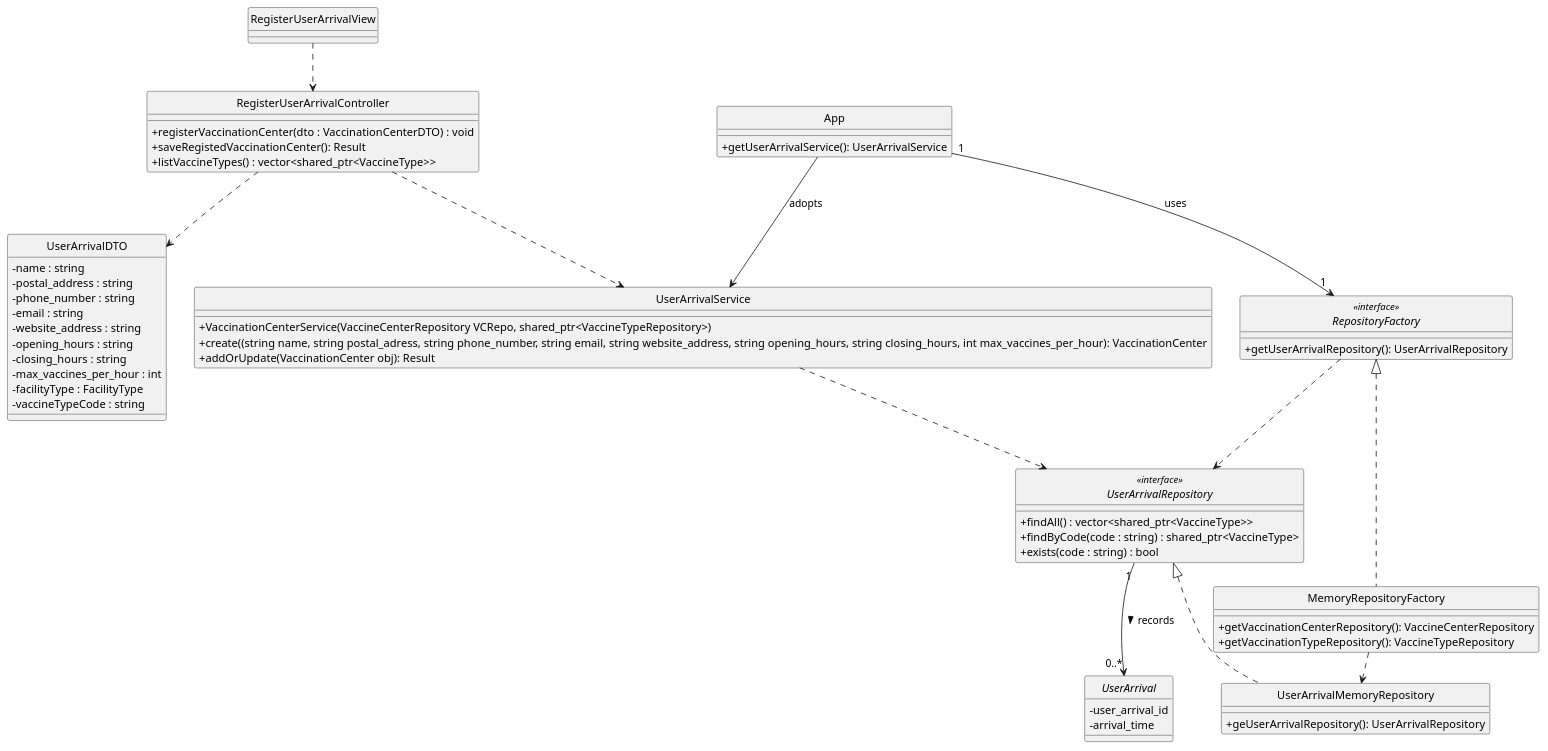
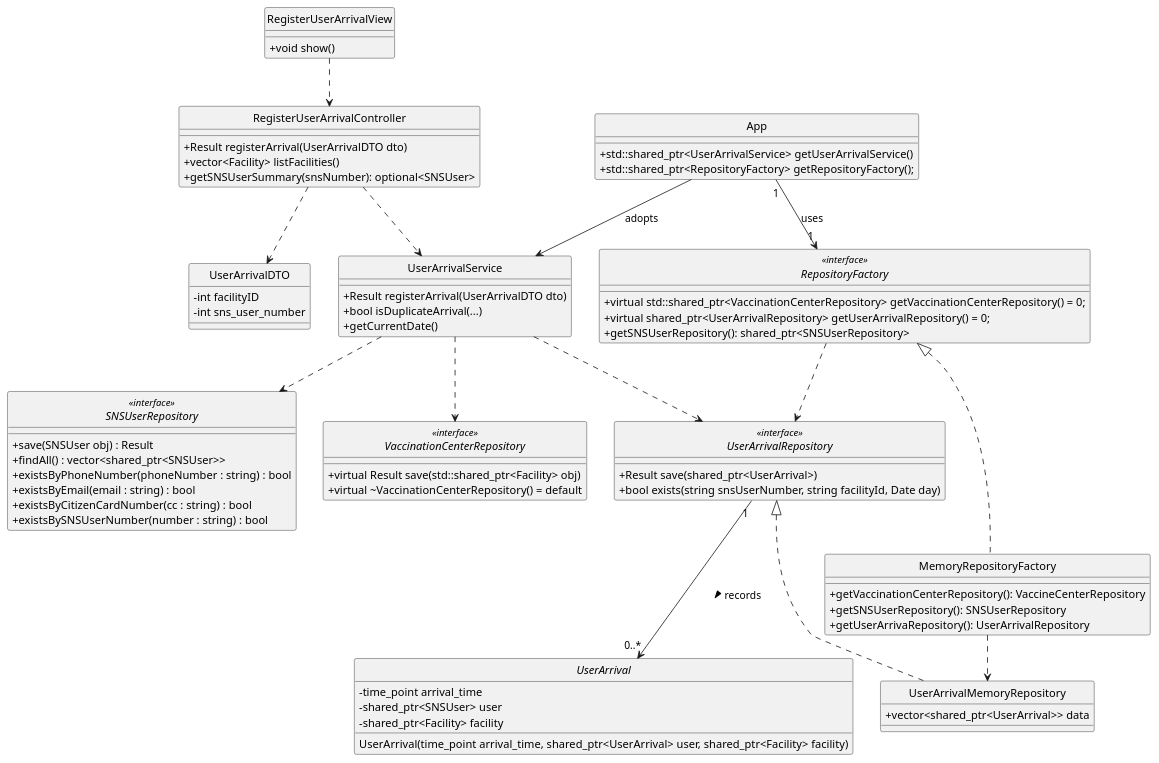
One commit to Parafita123/leti-esoft-25-26-B1 changed the diagram in docs/system-documentation/US22/puml/US22-CD.puml. Above: the diagram before and after it, drawn with PlantUML. The commit also changed 12 other files, not shown here.

```diff
--- a/docs/system-documentation/US22/puml/US22-CD.puml
+++ b/docs/system-documentation/US22/puml/US22-CD.puml
@@ -1,89 +1,107 @@
 @startuml
 'https://plantuml.com/class-diagram
 
 hide circle
 skinparam classAttributeIconSize 0
 
 
 ' ===== Enums / DTOs =====
 
 class UserArrivalDTO {
-  -name : string
-  -postal_address : string
-  -phone_number : string
-  -email : string
-  -website_address : string
-  -opening_hours : string
-  -closing_hours : string
-  -max_vaccines_per_hour : int
-  -facilityType : FacilityType
-  -vaccineTypeCode : string
+    - int facilityID
+    - int sns_user_number
 }
 
 ' ===== UI Layer =====
 class RegisterUserArrivalView {
+    + void show()
 }
 
 class RegisterUserArrivalController {
-  +registerVaccinationCenter(dto : VaccinationCenterDTO) : void
-  +saveRegistedVaccinationCenter(): Result
-  +listVaccineTypes() : vector<shared_ptr<VaccineType>>
+    + Result registerArrival(UserArrivalDTO dto)
+    + vector<Facility> listFacilities()
+    + getSNSUserSummary(snsNumber): optional<SNSUser>
 }
 
 class App {
-  +getUserArrivalService(): UserArrivalService
+    + std::shared_ptr<UserArrivalService> getUserArrivalService()
+    + std::shared_ptr<RepositoryFactory> getRepositoryFactory();
+
  }
 
 RegisterUserArrivalView ..> RegisterUserArrivalController
 RegisterUserArrivalController ..> UserArrivalDTO
 
 ' ===== Service Layer =====
 class UserArrivalService {
-+ VaccinationCenterService(VaccineCenterRepository VCRepo, shared_ptr<VaccineTypeRepository>)
-+ create((string name, string postal_adress, string phone_number, string email, string website_address, string opening_hours, string closing_hours, int max_vaccines_per_hour): VaccinationCenter
-+addOrUpdate(VaccinationCenter obj): Result
+    + Result registerArrival(UserArrivalDTO dto)
+    + bool isDuplicateArrival(...)
+    + getCurrentDate()
 }
 
 RegisterUserArrivalController ..> UserArrivalService
 
 ' ===== Repository Interfaces =====
 
 interface UserArrivalRepository <<interface>> {
-  +findAll() : vector<shared_ptr<VaccineType>>
-  +findByCode(code : string) : shared_ptr<VaccineType>
-  +exists(code : string) : bool
+    + Result save(shared_ptr<UserArrival>)
+    + bool exists(string snsUserNumber, string facilityId, Date day)
+
 }
+
+interface VaccinationCenterRepository <<interface>> {
+  +virtual Result save(std::shared_ptr<Facility> obj)
+  +virtual ~VaccinationCenterRepository() = default
+}
+
 
 ' ===== Concrete Repositories (Memory) =====
     class UserArrivalMemoryRepository{
-+ geUserArrivalRepository(): UserArrivalRepository
+    + vector<shared_ptr<UserArrival>> data
 }
+
+    interface SNSUserRepository <<interface>> {
+      + save(SNSUser obj) : Result
+      + findAll() : vector<shared_ptr<SNSUser>>
+      + existsByPhoneNumber(phoneNumber : string) : bool
+      + existsByEmail(email : string) : bool
+      + existsByCitizenCardNumber(cc : string) : bool
+      + existsBySNSUserNumber(number : string) : bool
+    }
+
 UserArrivalMemoryRepository .up.|> UserArrivalRepository
-
 
 ' ===== Repository Factory =====
 interface RepositoryFactory <<interface>>  {
-   + getUserArrivalRepository(): UserArrivalRepository
-   }
+     + virtual std::shared_ptr<VaccinationCenterRepository> getVaccinationCenterRepository() = 0;
+     + virtual shared_ptr<UserArrivalRepository> getUserArrivalRepository() = 0;
+     + getSNSUserRepository(): shared_ptr<SNSUserRepository>
+
+}
 
 
 class MemoryRepositoryFactory {
-  + getVaccinationCenterRepository(): VaccineCenterRepository
-  + getVaccinationTypeRepository(): VaccineTypeRepository
-}
+     + getVaccinationCenterRepository(): VaccineCenterRepository
+     + getSNSUserRepository(): SNSUserRepository
+     + getUserArrivaRepository(): UserArrivalRepository
+  }
 
 App "1" -down-> "1" RepositoryFactory:  uses
 App --> UserArrivalService: adopts
 RepositoryFactory ..> UserArrivalRepository
 UserArrivalService ..> UserArrivalRepository
+UserArrivalService ..> VaccinationCenterRepository
+UserArrivalService ..> SNSUserRepository
 MemoryRepositoryFactory .up.|> RepositoryFactory
 MemoryRepositoryFactory .right.> UserArrivalMemoryRepository
 
 ' ===== Domain Model =====
  abstract class UserArrival {
-    - user_arrival_id
-    - arrival_time
+    - time_point arrival_time
+    - shared_ptr<SNSUser> user
+    - shared_ptr<Facility> facility
+    UserArrival(time_point arrival_time, shared_ptr<UserArrival> user, shared_ptr<Facility> facility)
  }
 
 UserArrivalRepository "1" --> "0..*" UserArrival : records >
 @enduml
```
